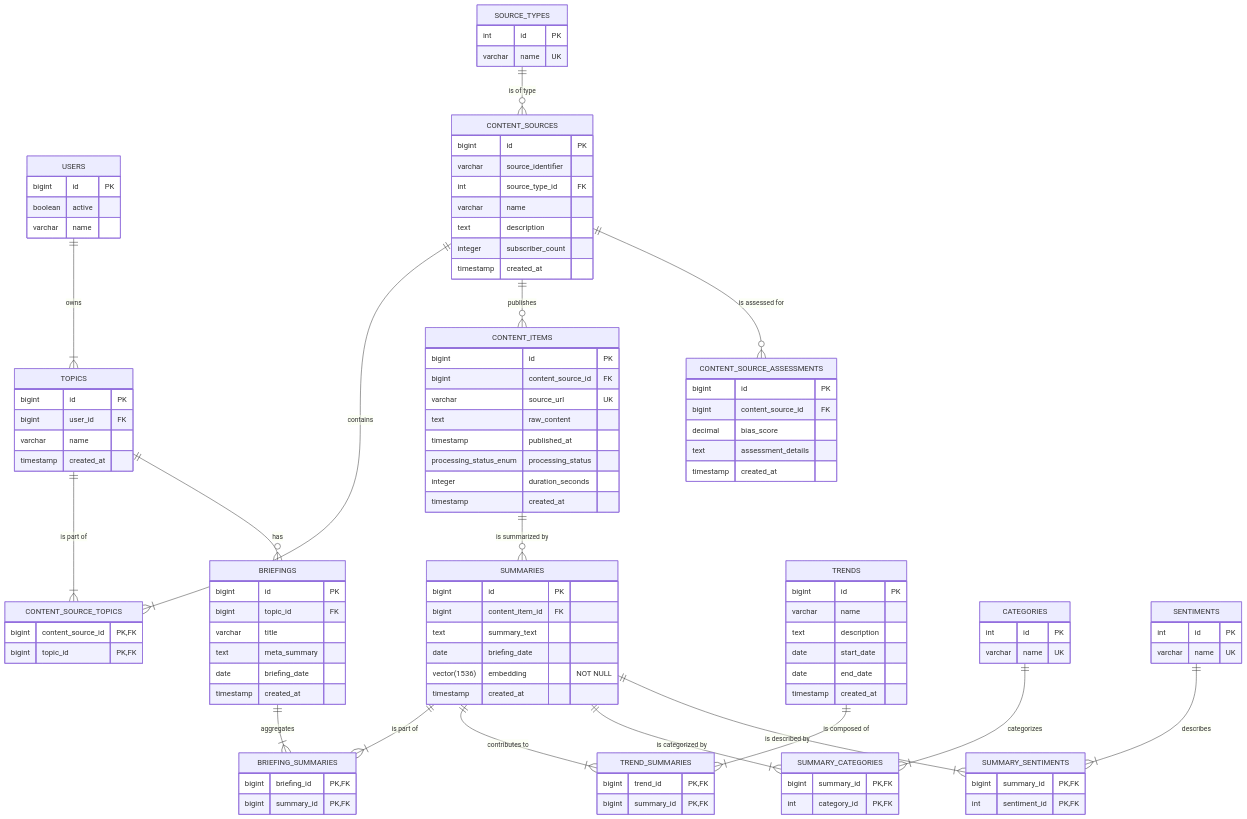
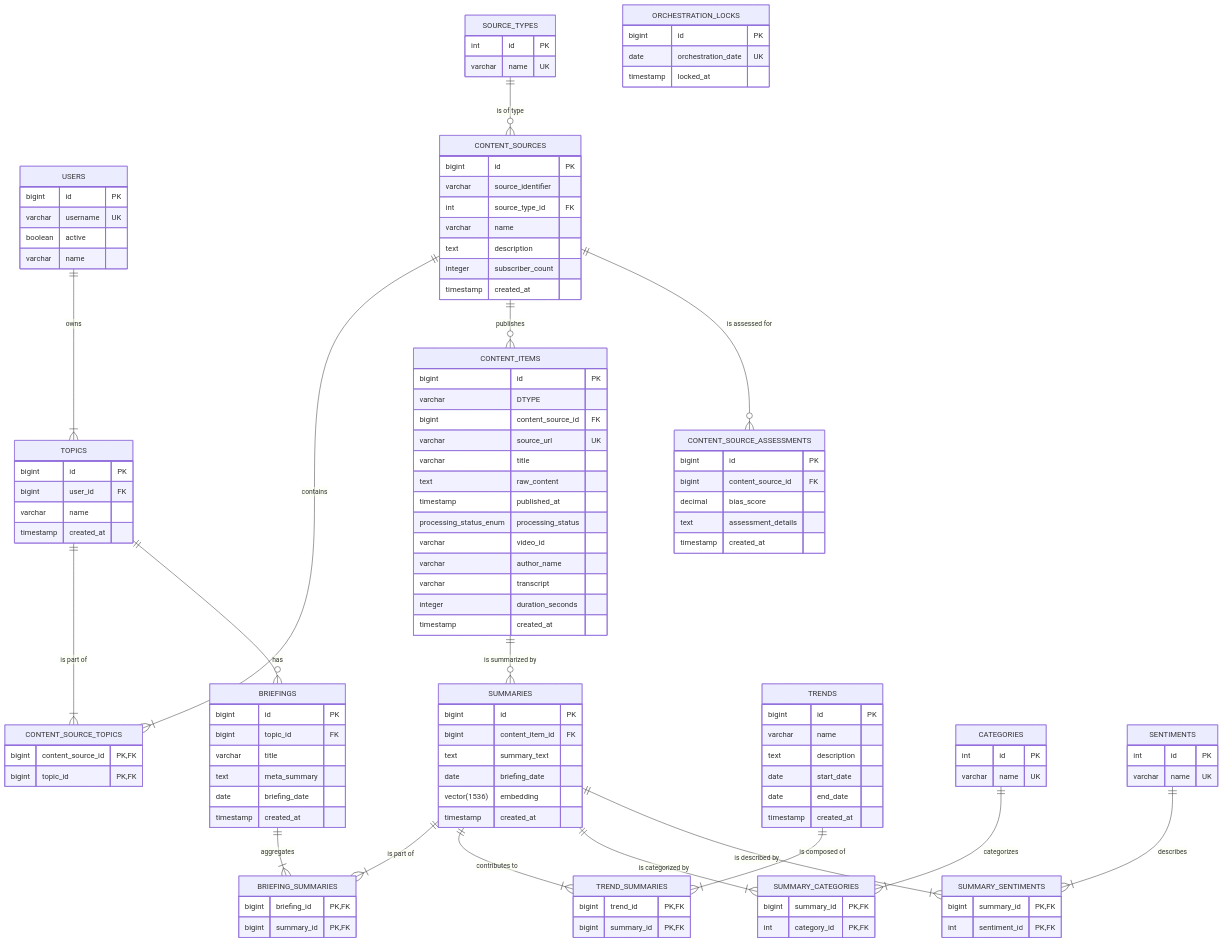
Before and after one commit to sjuresa/povzetkar: the diagram in docs/sdlc/04_database_design.md, drawn with Mermaid. The commit also changed other lines of this file and 10 other files, not shown here.

````diff
--- a/docs/sdlc/04_database_design.md
+++ b/docs/sdlc/04_database_design.md
@@ -44,6 +45,7 @@
 
     USERS {
         bigint id PK
+        varchar username UK
         boolean active
         varchar name
     }
@@ -72,11 +74,16 @@
 
     CONTENT_ITEMS {
         bigint id PK
+        varchar DTYPE
         bigint content_source_id FK
         varchar source_url UK
+        varchar title
         text raw_content
         timestamp published_at
         processing_status_enum processing_status
+        varchar video_id
+        varchar author_name
+        varchar transcript
         integer duration_seconds
         timestamp created_at
     }
@@ -86,7 +93,7 @@
         bigint content_item_id FK
         text summary_text
         date briefing_date
-        vector(1536) embedding "NOT NULL"
+        vector(1536) embedding
         timestamp created_at
     }
     
@@ -150,4 +157,10 @@
         text assessment_details
         timestamp created_at
     }
+
+    ORCHESTRATION_LOCKS {
+        bigint id PK
+        date orchestration_date UK
+        timestamp locked_at
+    }
 ```
````
